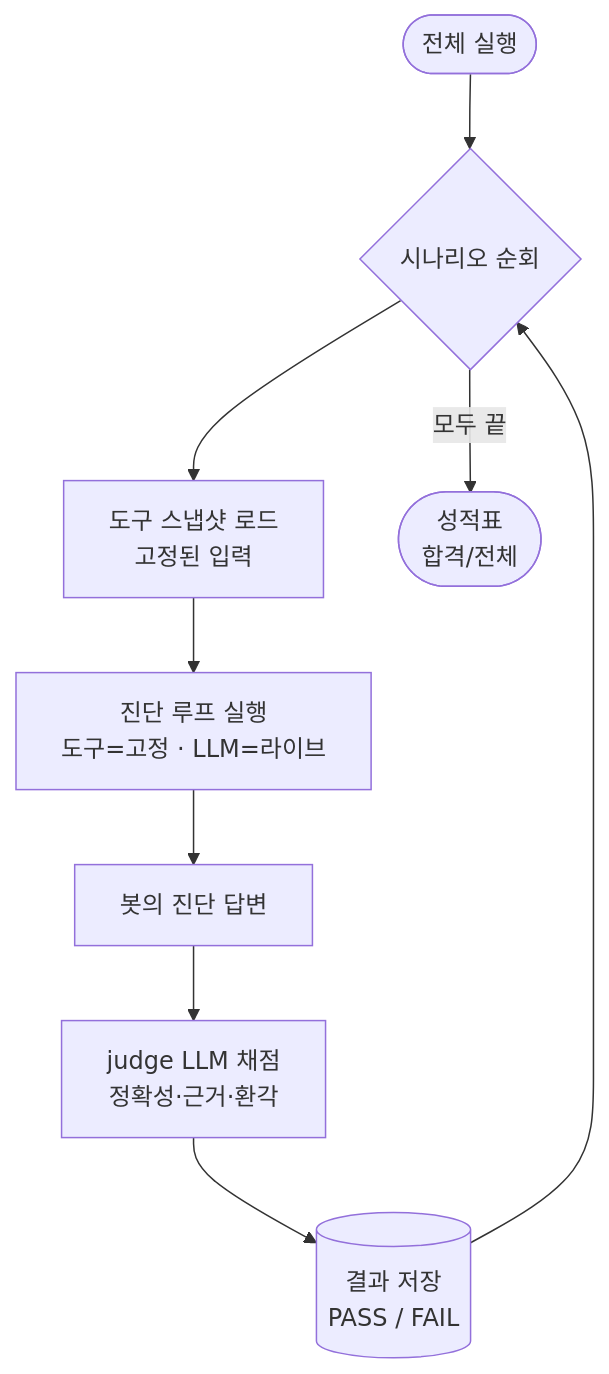
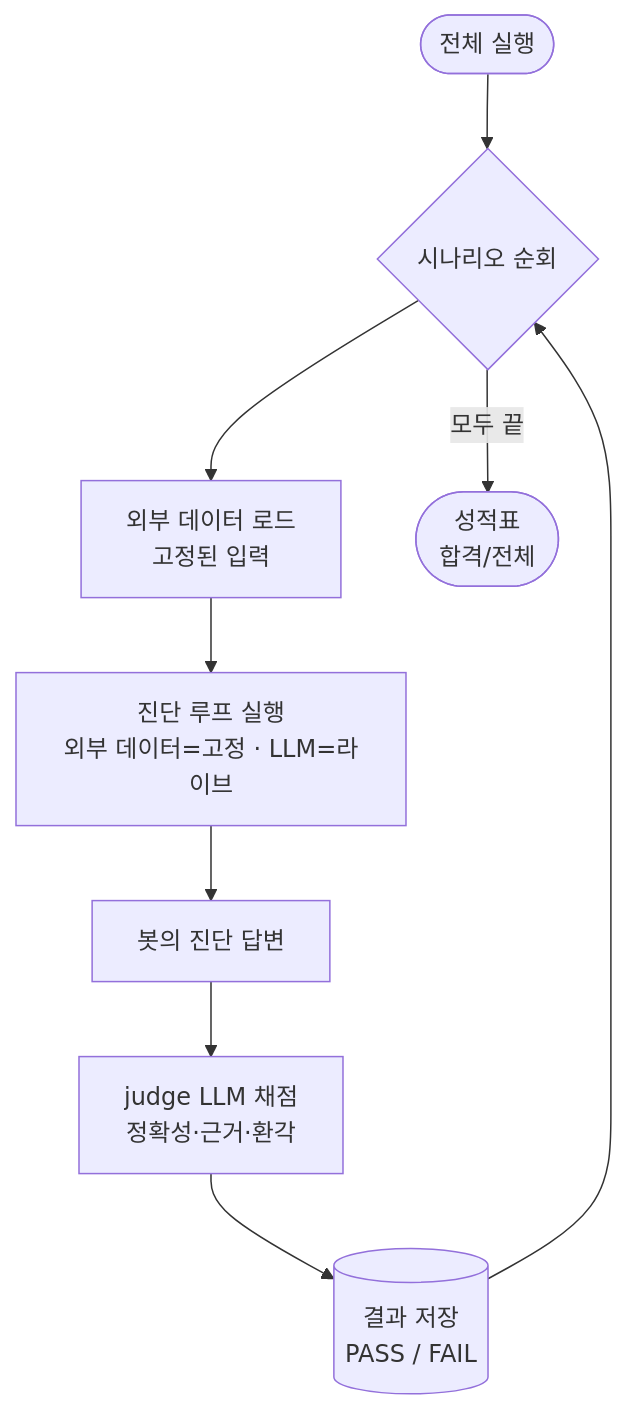
Before and after one commit to theminjunchoi/theminjunchoi.github.io: the first of 2 diagrams in contents/posts/zzol/zzolbot_eval_harness.md, drawn with Mermaid. The commit also changed other lines of this file, not shown here.

````diff
--- a/contents/posts/zzol/zzolbot_eval_harness.md
+++ b/contents/posts/zzol/zzolbot_eval_harness.md
@@ -131,11 +131,11 @@
 ```mermaid
 flowchart TD
     Run([전체 실행]) --> S{시나리오 순회}
-    S --> Snap[도구 스냅샷 로드<br/>고정된 입력]
-    Snap --> Ask[진단 루프 실행<br/>도구=고정 · LLM=라이브]
+    S --> Snap[외부 데이터 로드<br/>고정된 입력]
+    Snap --> Ask[진단 루프 실행<br/>외부 데이터=고정 · LLM=라이브]
     Ask --> Ans[봇의 진단 답변]
     Ans --> J[judge LLM 채점<br/>정확성·근거·환각]
     J --> R[(결과 저장<br/>PASS / FAIL)]
     R --> S
     S -->|모두 끝| Score([성적표<br/>합격/전체])
 ```
````
